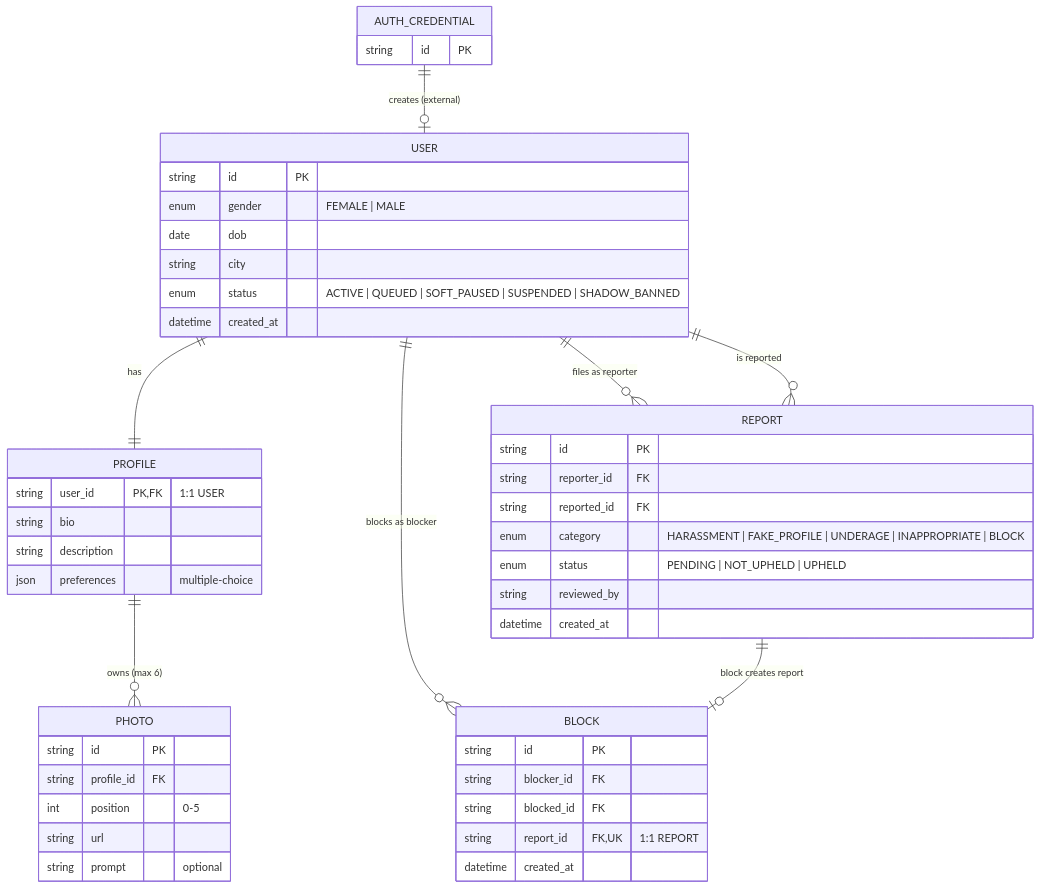
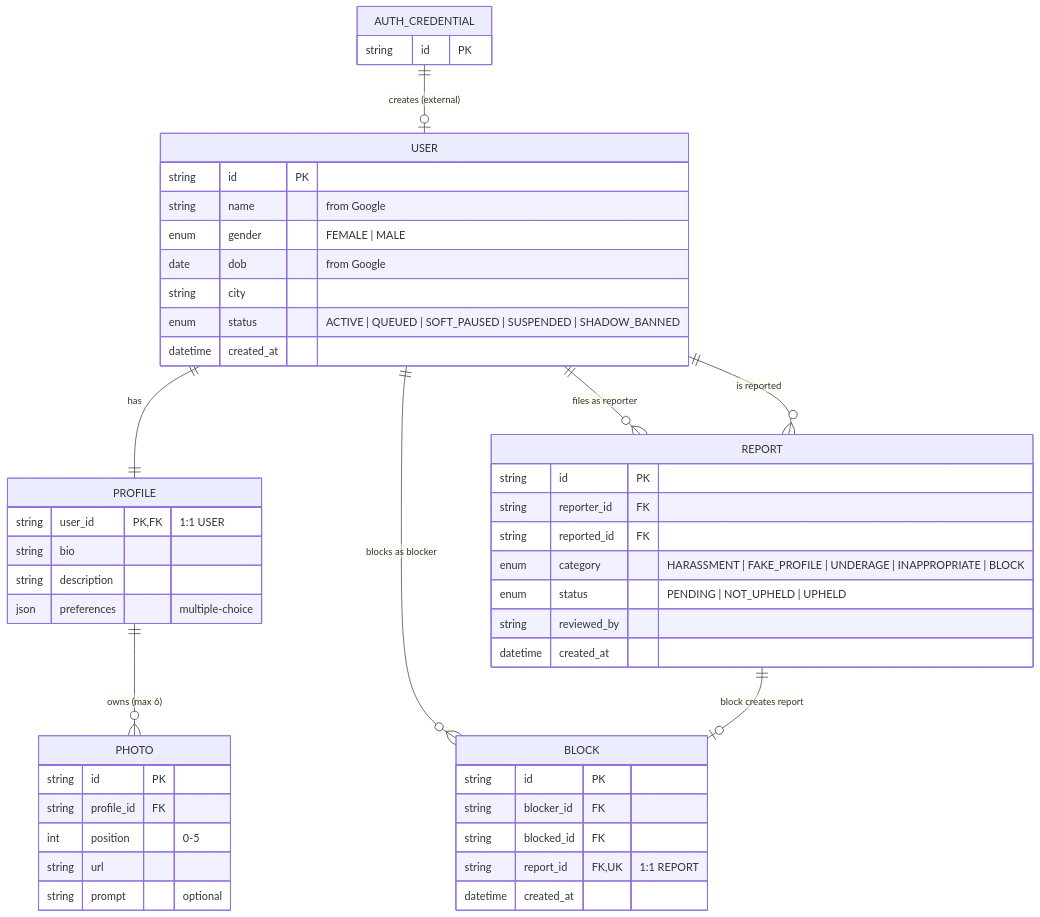
The second of 8 diagrams in entities/er-diagram.md (cheetah-org/fold-design), drawn with Mermaid before and after one commit. The commit also changed other lines of this file and 6 other files, not shown here.

Commit message:
update flow to use google OAuth as primary auth

````diff
--- a/entities/er-diagram.md
+++ b/entities/er-diagram.md
@@ -214,55 +207,56 @@
 ```mermaid
 erDiagram
     %% Owned entities
     USER {
         string id PK
+        string name "from Google"
         enum gender "FEMALE | MALE"
-        date dob
+        date dob "from Google"
         string city
         enum status "ACTIVE | QUEUED | SOFT_PAUSED | SUSPENDED | SHADOW_BANNED"
         datetime created_at
     }
     PROFILE {
         string user_id PK, FK "1:1 USER"
         string bio
         string description
         json preferences "multiple-choice"
     }
     PHOTO {
         string id PK
         string profile_id FK
         int position "0-5"
         string url
         string prompt "optional"
     }
     REPORT {
         string id PK
         string reporter_id FK
         string reported_id FK
         enum category "HARASSMENT | FAKE_PROFILE | UNDERAGE | INAPPROPRIATE | BLOCK"
         enum status "PENDING | NOT_UPHELD | UPHELD"
         string reviewed_by
         datetime created_at
     }
     BLOCK {
         string id PK
         string blocker_id FK
         string blocked_id FK
         string report_id FK, UK "1:1 REPORT"
         datetime created_at
     }
 
     %% External reference (owned by Auth Service)
     AUTH_CREDENTIAL {
         string id PK
     }
 
     %% Relationships
     AUTH_CREDENTIAL ||--o| USER : "creates (external)"
     USER ||--|| PROFILE : "has"
     PROFILE ||--o{ PHOTO : "owns (max 6)"
     USER ||--o{ REPORT : "files as reporter"
     USER ||--o{ REPORT : "is reported"
     USER ||--o{ BLOCK : "blocks as blocker"
     REPORT ||--o| BLOCK : "block creates report"
 ```
````
